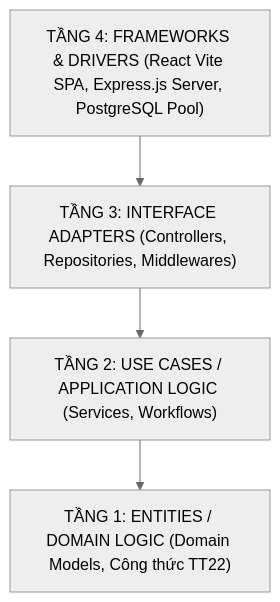
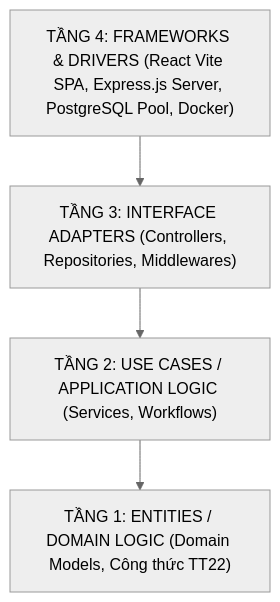
Before and after one commit to DYBInh2k5/Phat-Trien-Du-An-Phan-Mem: the second of 4 diagrams in Report_Slide/slide.md, drawn with Mermaid (neutral theme). The commit also changed other lines of this file and 1 other file, not shown here.

````diff
--- a/Report_Slide/slide.md
+++ b/Report_Slide/slide.md
@@ -100,11 +102,11 @@
 ```mermaid
 graph TD
-    T4["TẦNG 4: FRAMEWORKS & DRIVERS (React Vite SPA, Express.js Server, PostgreSQL Pool)"]
+    T4["TẦNG 4: FRAMEWORKS & DRIVERS (React Vite SPA, Express.js Server, PostgreSQL Pool, Docker)"]
     T3["TẦNG 3: INTERFACE ADAPTERS (Controllers, Repositories, Middlewares)"]
     T2["TẦNG 2: USE CASES / APPLICATION LOGIC (Services, Workflows)"]
     T1["TẦNG 1: ENTITIES / DOMAIN LOGIC (Domain Models, Công thức TT22)"]
     
     T4 --> T3
     T3 --> T2
     T2 --> T1
 ```
````
